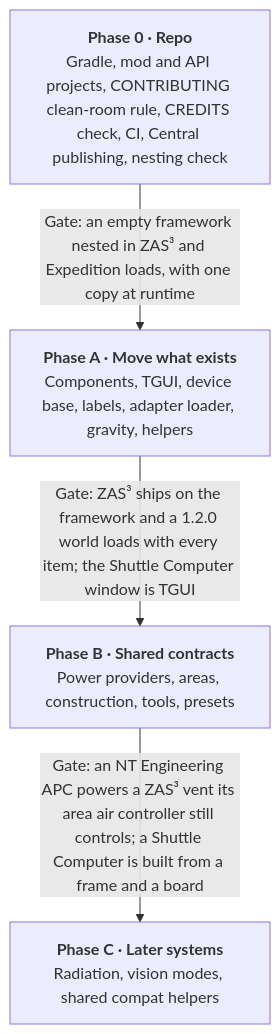
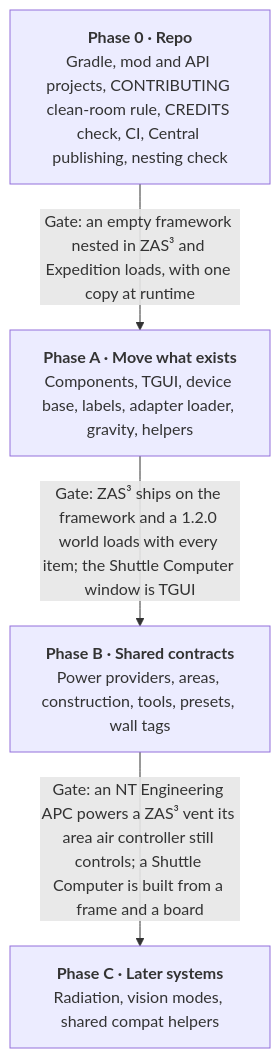
One commit to west3436/ss13-framework changed the second of 2 diagrams in docs/design-proposal.md. Above: the diagram before and after it, drawn with Mermaid. The commit also changed other lines of this file, not shown here.

````diff
--- a/docs/design-proposal.md
+++ b/docs/design-proposal.md
@@ -144,10 +147,10 @@
 ```mermaid
 flowchart TD
   P0["<b>Phase 0 · Repo</b><br/>Gradle, mod and API projects, CONTRIBUTING clean-room rule, CREDITS check, CI, Central publishing, nesting check"]
   PA["<b>Phase A · Move what exists</b><br/>Components, TGUI, device base, labels, adapter loader, gravity, helpers"]
-  PB["<b>Phase B · Shared contracts</b><br/>Power providers, areas, construction, tools, presets"]
+  PB["<b>Phase B · Shared contracts</b><br/>Power providers, areas, construction, tools, presets, wall tags"]
   PC["<b>Phase C · Later systems</b><br/>Radiation, vision modes, shared compat helpers"]
   P0 -->|"Gate: an empty framework nested in ZAS³ and Expedition loads, with one copy at runtime"| PA
   PA -->|"Gate: ZAS³ ships on the framework and a 1.2.0 world loads with every item; the Shuttle Computer window is TGUI"| PB
   PB -->|"Gate: an NT Engineering APC powers a ZAS³ vent its area air controller still controls; a Shuttle Computer is built from a frame and a board"| PC
 ```
````
